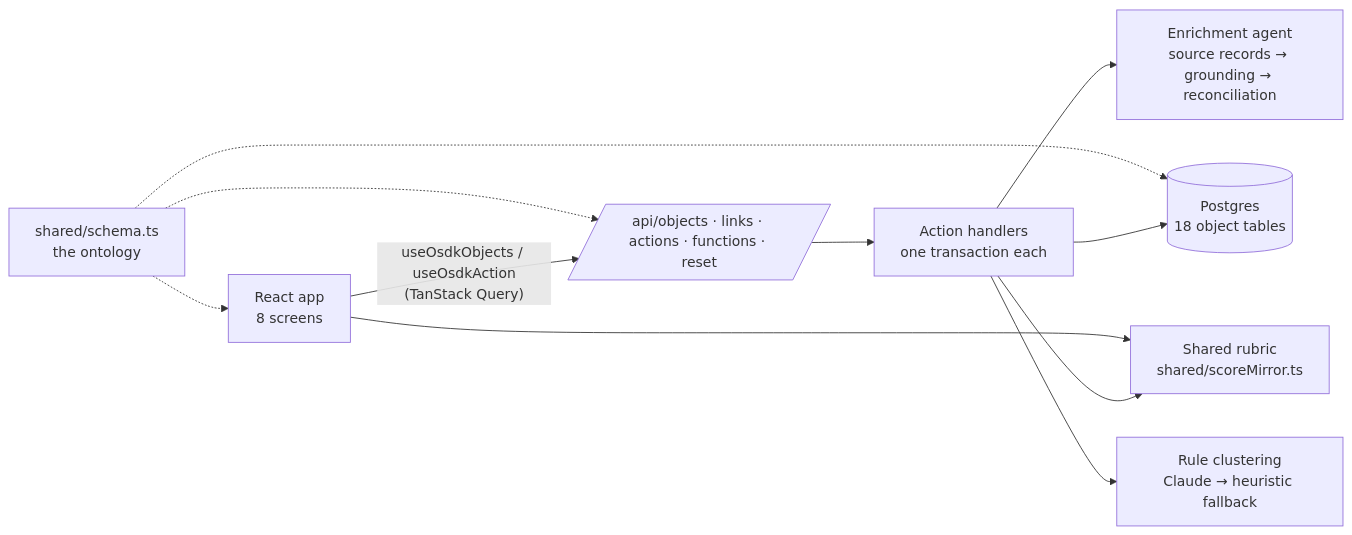
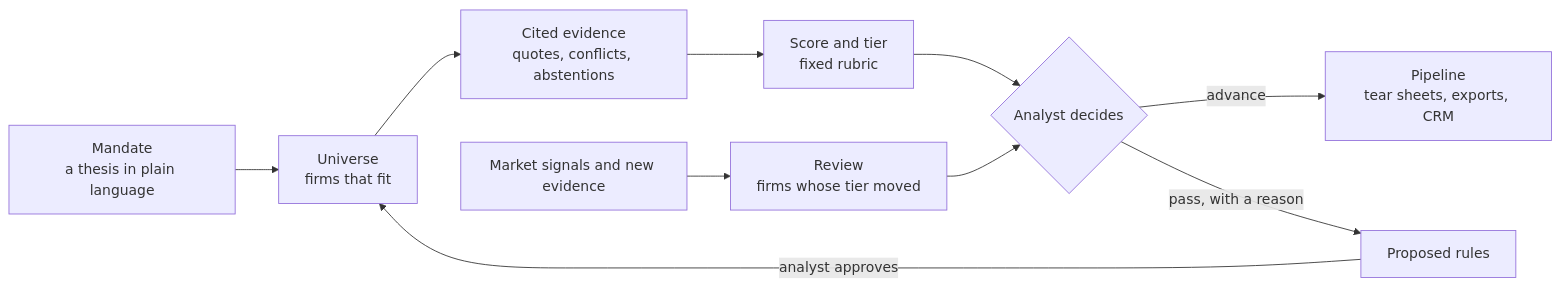
The diagram in README.md (llukehanna/beacon), drawn with Mermaid before and after one commit. The commit also changed other lines of this file and 2 other files, not shown here.

````diff
--- a/README.md
+++ b/README.md
@@ -40,13 +30,12 @@
 ```mermaid
 flowchart LR
-  UI[React app<br/>8 screens] -- "useOsdkObjects / useOsdkAction<br/>(TanStack Query)" --> API[/api/objects · links · actions · functions · reset/]
-  API --> Actions[Action handlers<br/>one transaction each]
-  Actions --> Rubric[Shared rubric<br/>shared/scoreMirror.ts]
-  UI --> Rubric
-  Actions --> Agent[Enrichment agent<br/>source records → grounding → reconciliation]
-  Actions --> Cluster[Rule clustering<br/>Claude → heuristic fallback]
-  Actions --> PG[(Postgres<br/>18 object tables)]
-  Schema[shared/schema.ts<br/>the ontology] -.-> PG
-  Schema -.-> API
-  Schema -.-> UI
+  M[Mandate<br/>a thesis in plain language] --> U[Universe<br/>firms that fit]
+  U --> E[Cited evidence<br/>quotes, conflicts, abstentions]
+  E --> S[Score and tier<br/>fixed rubric]
+  S --> D{Analyst decides}
+  D -- advance --> P[Pipeline<br/>tear sheets, exports, CRM]
+  D -- pass, with a reason --> R[Proposed rules]
+  R -- analyst approves --> U
+  N[Market signals and new evidence] --> V[Review<br/>firms whose tier moved]
+  V --> D
 ```
````
